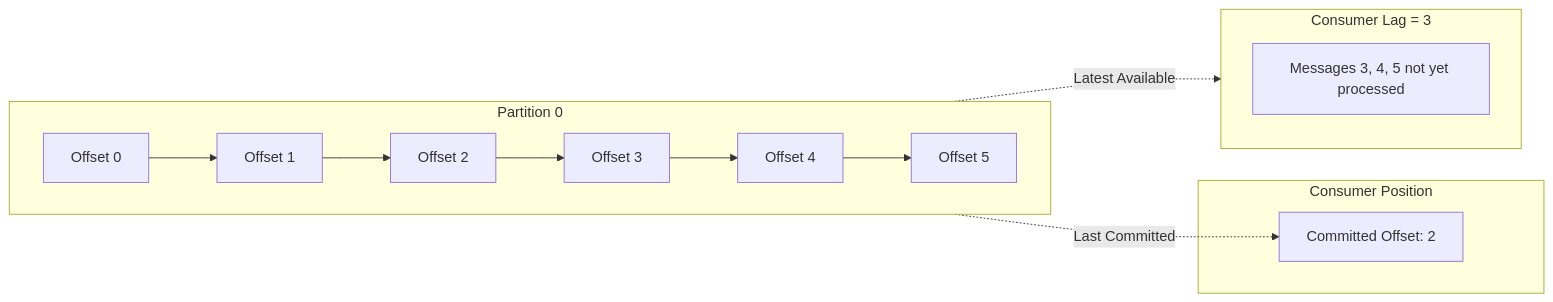
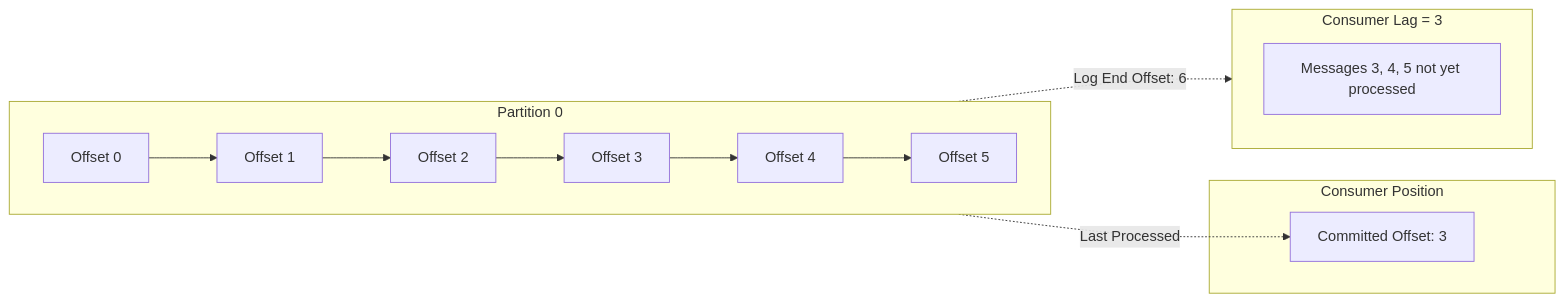
One commit to OneUptime/blog changed the first of 3 diagrams in posts/2026-01-24-configure-kafka-consumer-lag-monitoring/README.md. Above: the diagram before and after it, drawn with Mermaid. The commit also changed other lines of this file and 4262 other files, not shown here.

````diff
--- a/posts/2026-01-24-configure-kafka-consumer-lag-monitoring/README.md
+++ b/posts/2026-01-24-configure-kafka-consumer-lag-monitoring/README.md
@@ -17,18 +17,18 @@
 ```mermaid
 flowchart LR
     subgraph Partition["Partition 0"]
         direction LR
         M1[Offset 0] --> M2[Offset 1] --> M3[Offset 2] --> M4[Offset 3] --> M5[Offset 4] --> M6[Offset 5]
     end
 
     subgraph Consumer["Consumer Position"]
-        CP[Committed Offset: 2]
+        CP[Committed Offset: 3]
     end
 
     subgraph Lag["Consumer Lag = 3"]
         L[Messages 3, 4, 5 not yet processed]
     end
 
-    M3 -.->|"Last Committed"| CP
-    M6 -.->|"Latest Available"| Lag
+    M3 -.->|"Last Processed"| CP
+    M6 -.->|"Log End Offset: 6"| Lag
 ```
````
